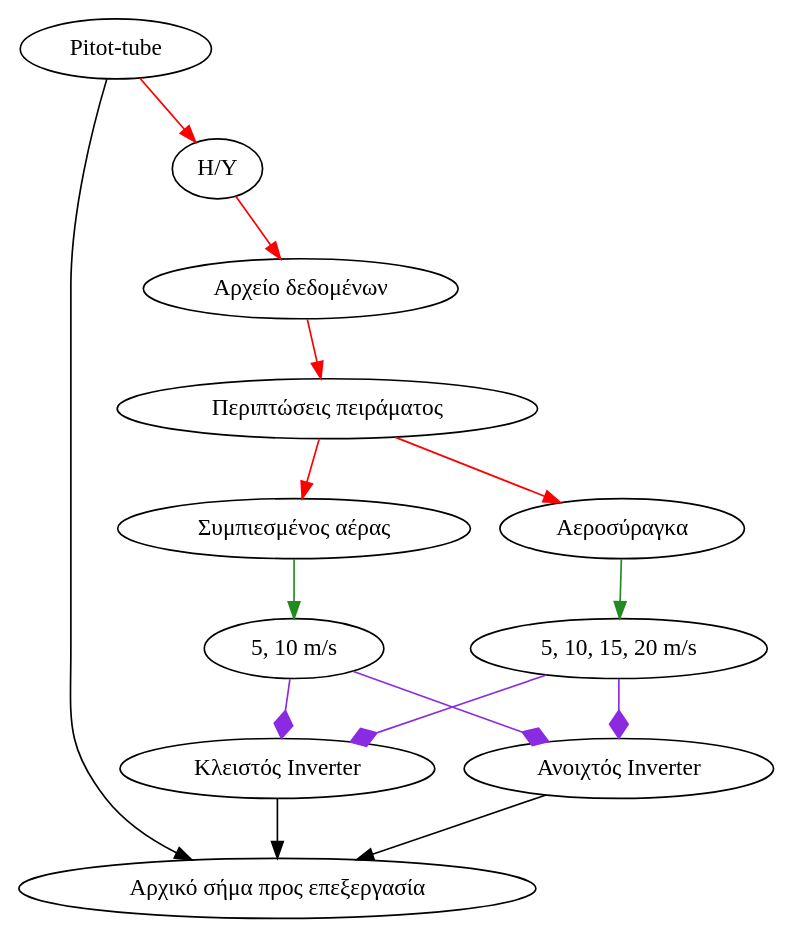
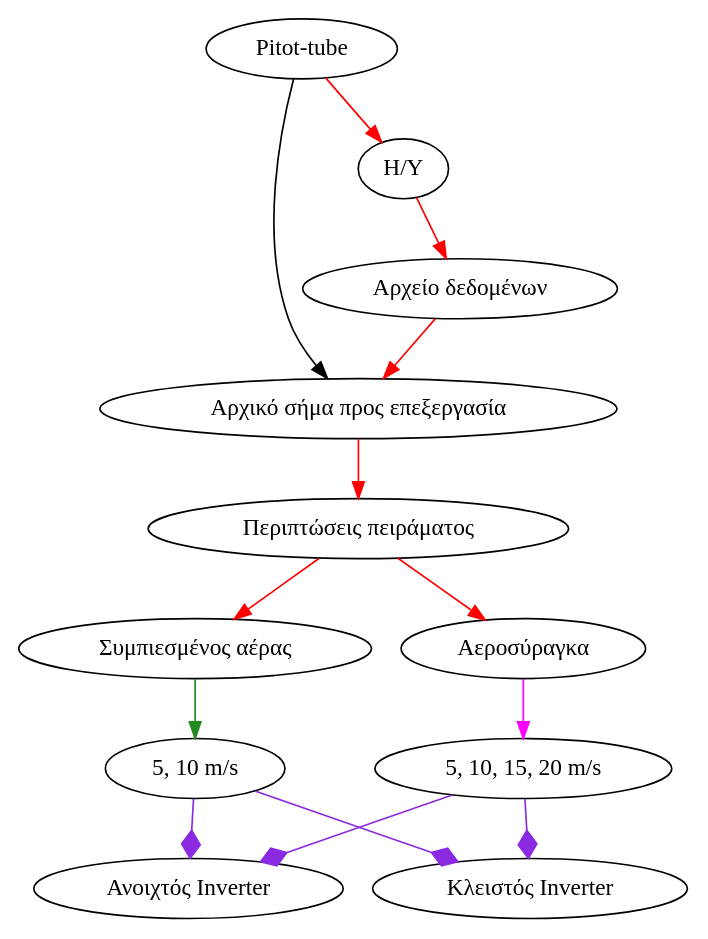
Before and after one commit to hmu-mech-npap/diss.tn.doc: the diagram in diss-docs/main_doc/graphviz/lab-struct.gv, drawn with Graphviz. The commit also changed 2 other files, not shown here.

Commit message:
auto tangle graph-blocks to .gv files in ./graphviz/

```diff
--- a/diss-docs/main_doc/graphviz/lab-struct.gv
+++ b/diss-docs/main_doc/graphviz/lab-struct.gv
@@ -1,20 +1,20 @@
 digraph regexp  {
+    // size= "4,6!"
     "Pitot-tube" ->
     "H/Y" ->
     "Αρχείο δεδομένων" ->
+    "Αρχικό σήμα πρoς επεξεργασία" ->
     "Περιπτώσεις πειράματος" ->
     {"Συμπιεσμένος αέρας"  "Αεροσύραγκα" } [color=red]
 
     "Συμπιεσμένος αέρας" -> "5, 10 m/s" [color=forestgreen]
 
-    "Αεροσύραγκα" -> "5, 10, 15, 20 m/s" [color=forestgreen]
+    "Αεροσύραγκα" -> "5, 10, 15, 20 m/s" [color=magenta]
 
     {"5, 10, 15, 20 m/s" "5, 10 m/s" }
     -> {"Ανοιχτός Inverter" "Κλειστός Inverter"}[color = blueviolet,
                                                  arrowhead = diamond,
                                                  arrowsize = 1.4 ]
 
-    {"Ανοιχτός Inverter" "Κλειστός Inverter"} -> "Αρχικό σήμα πρoς επεξεργασία"
-
     "Pitot-tube" -> "Αρχικό σήμα πρoς επεξεργασία"
 }
```
